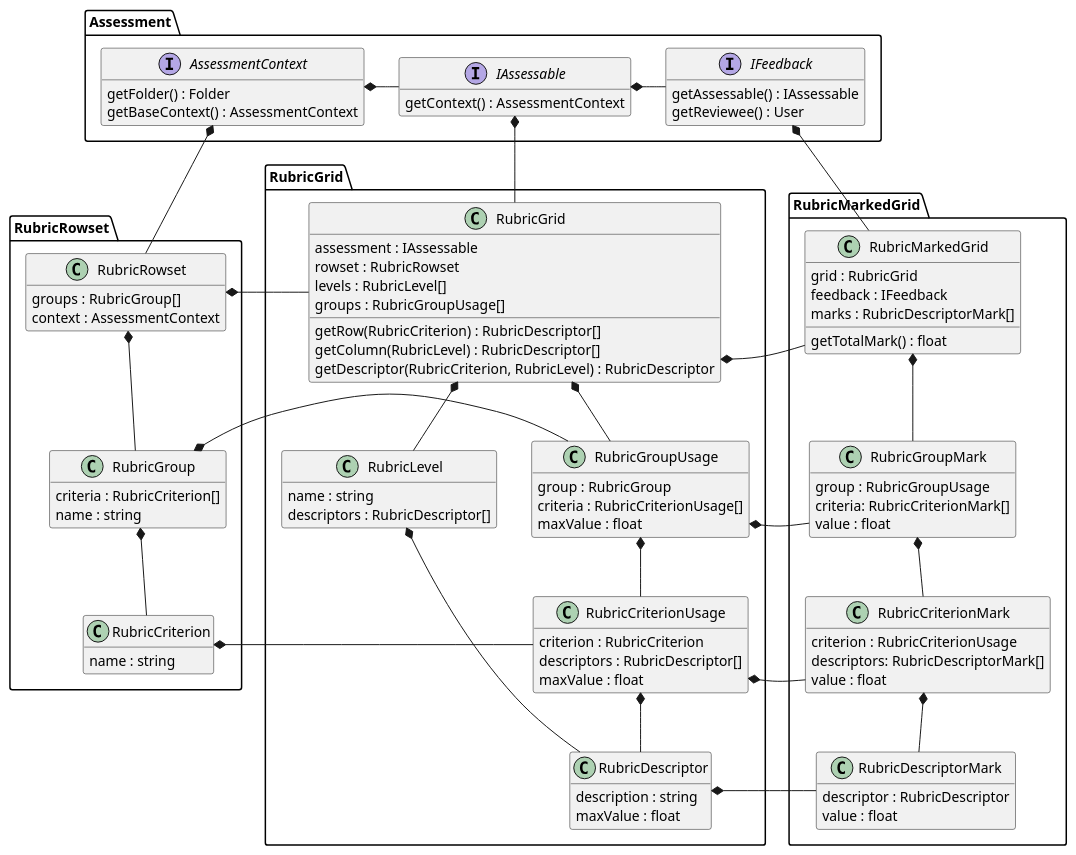
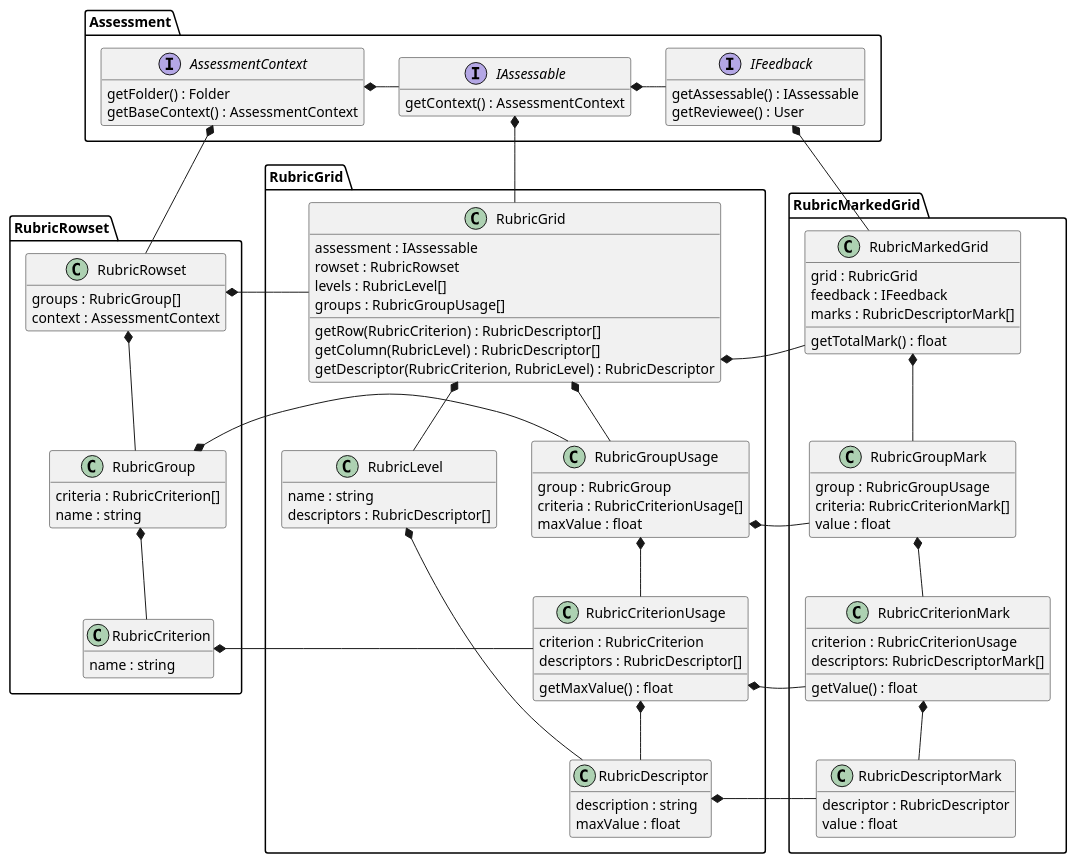
Before and after one commit to juliaattrevisan/schoolbox-api-docs: the diagram in library/Schoolbox/Assessment/Rubric/Rubric.plantuml, drawn with PlantUML.

Commit message:
Clarify that criterion usage/mark are derived values [SA-7281]

```diff
--- a/library/Schoolbox/Assessment/Rubric/Rubric.plantuml
+++ b/library/Schoolbox/Assessment/Rubric/Rubric.plantuml
@@ -1,146 +1,146 @@
 @startuml
 
 hide empty fields
 hide empty methods
 
 namespace Assessment {
 
     interface AssessmentContext {
         getFolder() : Folder
         getBaseContext() : AssessmentContext
     }
 
     interface IAssessable {
         getContext() : AssessmentContext
     }
 
     interface IFeedback {
         getAssessable() : IAssessable
         getReviewee() : User
     }
 
     ' internal relations
     AssessmentContext *-r- IAssessable
     IAssessable *-r- IFeedback
 }
 
 
 namespace RubricRowset {
 
     class RubricRowset {
         groups : RubricGroup[]
         context : AssessmentContext
     }
 
     class RubricGroup {
         criteria : RubricCriterion[]
         name : string
     }
 
     class RubricCriterion {
         name : string
     }
 
     ' internal relations
     RubricRowset *-d- RubricGroup
     RubricGroup *-d- RubricCriterion
 
     ' relation to Assessment
     Assessment.AssessmentContext *-d- RubricRowset
 }
 
 
 namespace RubricGrid {
 
     class RubricGrid {
         assessment : IAssessable
         rowset : RubricRowset
         levels : RubricLevel[]
         groups : RubricGroupUsage[]
         getRow(RubricCriterion) : RubricDescriptor[]
         getColumn(RubricLevel) : RubricDescriptor[]
         getDescriptor(RubricCriterion, RubricLevel) : RubricDescriptor
     }
 
     class RubricGroupUsage {
         group : RubricGroup
         criteria : RubricCriterionUsage[]
         maxValue : float
     }
 
     class RubricCriterionUsage {
         criterion : RubricCriterion
         descriptors : RubricDescriptor[]
-        maxValue : float
+        getMaxValue() : float
     }
 
     class RubricLevel {
         name : string
         descriptors : RubricDescriptor[]
     }
 
     class RubricDescriptor {
         description : string
         maxValue : float
     }
 
     ' internal relations
     RubricGrid *-d- RubricGroupUsage
     RubricGroupUsage *-d- RubricCriterionUsage
     RubricCriterionUsage *-d- RubricDescriptor
     RubricGrid *-d- RubricLevel
     RubricLevel *-r- RubricDescriptor
     RubricLevel *-[hidden]r- RubricGroupUsage
 
     ' relation to Assessment
     Assessment.IAssessable *-d- RubricGrid
 
     ' relation to RubricRowset
     RubricGrid -l-* RubricRowset.RubricRowset
     RubricGroupUsage -l-* RubricRowset.RubricGroup
     RubricCriterionUsage -l-* RubricRowset.RubricCriterion
 }
 
 
 namespace RubricMarkedGrid {
 
     class RubricMarkedGrid {
         grid : RubricGrid
         feedback : IFeedback
         marks : RubricDescriptorMark[]
         getTotalMark() : float
     }
 
     class RubricGroupMark {
         group : RubricGroupUsage
         criteria: RubricCriterionMark[]
         value : float
     }
 
     class RubricCriterionMark {
         criterion : RubricCriterionUsage
         descriptors: RubricDescriptorMark[]
-        value : float
+        getValue() : float
     }
 
     class RubricDescriptorMark {
         descriptor : RubricDescriptor
         value : float
     }
 
     ' internal relations
     RubricMarkedGrid *-d- RubricGroupMark
     RubricGroupMark *-d- RubricCriterionMark
     RubricCriterionMark *-d- RubricDescriptorMark
 
     ' relation to Assessment
     Assessment.IFeedback *-d- RubricMarkedGrid
 
     ' relation to RubricGrid
     RubricMarkedGrid -l-* RubricGrid.RubricGrid
     RubricGroupMark -l-* RubricGrid.RubricGroupUsage
     RubricCriterionMark -l-* RubricGrid.RubricCriterionUsage
     RubricDescriptorMark -l-* RubricGrid.RubricDescriptor
 }
 
 @enduml
```
